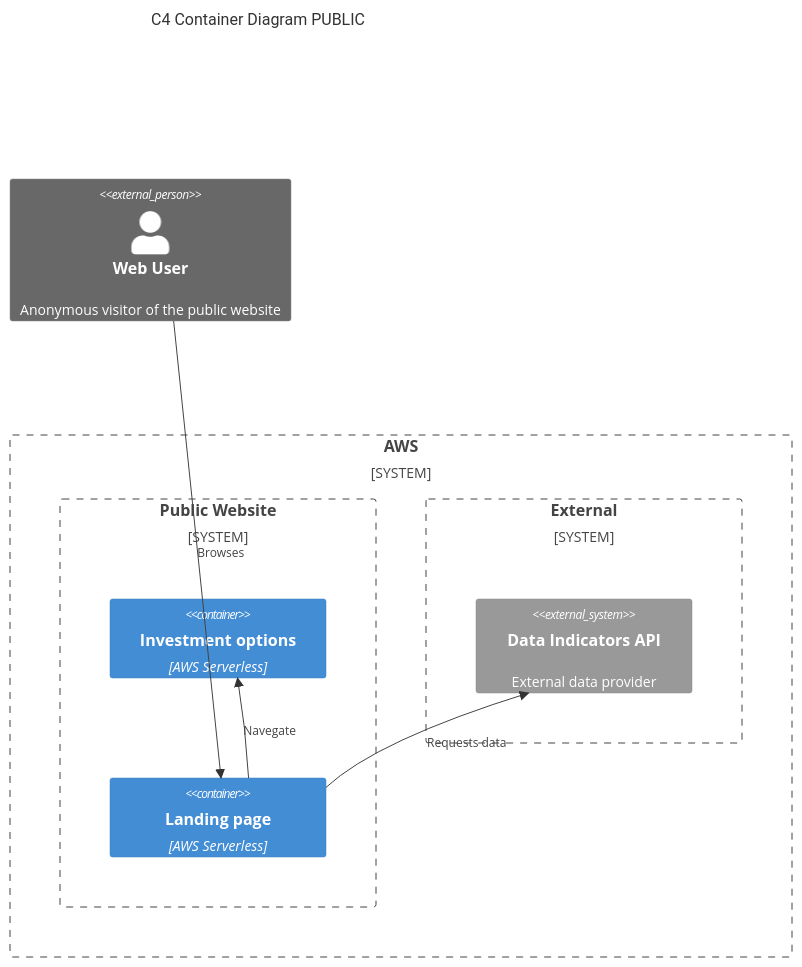
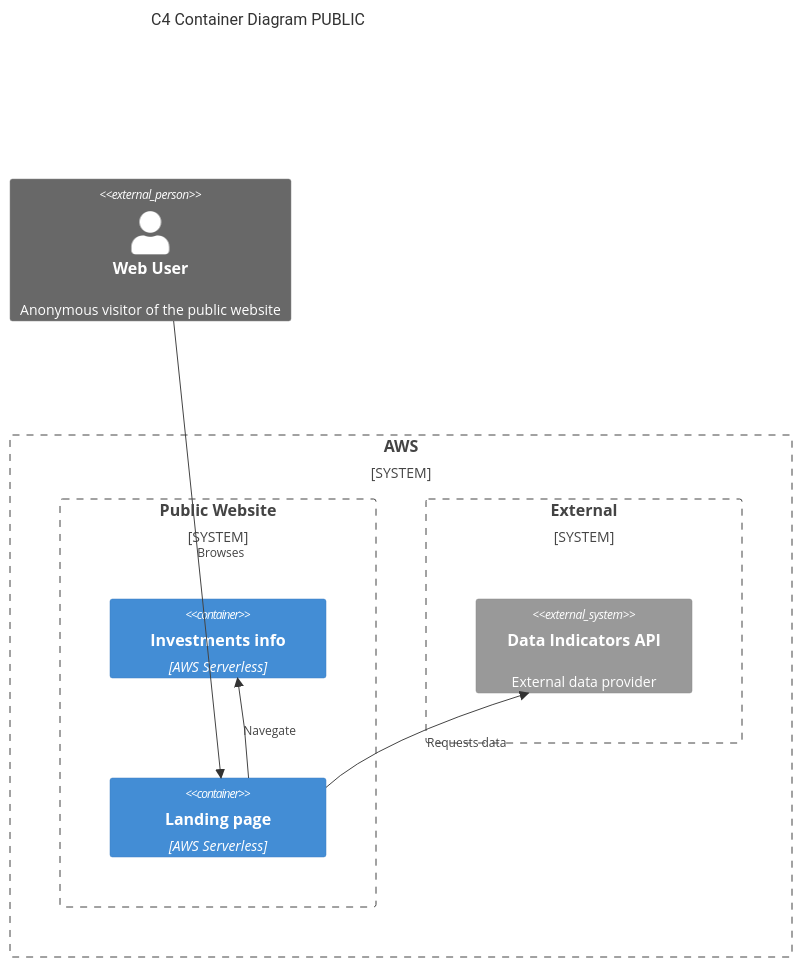
Before and after one commit to git-jrm/management-system: the second of 3 diagrams in ARCHITECTURE.md, drawn with Mermaid.

Commit message:
Update container name for investment options

````diff
--- a/ARCHITECTURE.md
+++ b/ARCHITECTURE.md
@@ -42,18 +42,18 @@
 ```mermaid
 C4Container
     title C4 Container Diagram PUBLIC
 
     Person_Ext(p_web, "Web User", "Anonymous visitor of the public website")
     System_Boundary(b_system, "AWS") {
         System_Boundary(b_public,"Public Website"){
-            Container(c_investment, "Investment options", "AWS Serverless")
+            Container(c_investment, "Investments info", "AWS Serverless")
             Container(c_home, "Landing page", "AWS Serverless")
             Rel(p_web, c_home, "Browses")
             Rel(c_home, c_investment, "Navegate")
         }
         System_Boundary(b_ext,"External"){
             System_Ext(ext_data_api, "Data Indicators API", "External data provider")
             Rel(c_home, ext_data_api, "Requests data")
         }
     }
 ```
````
